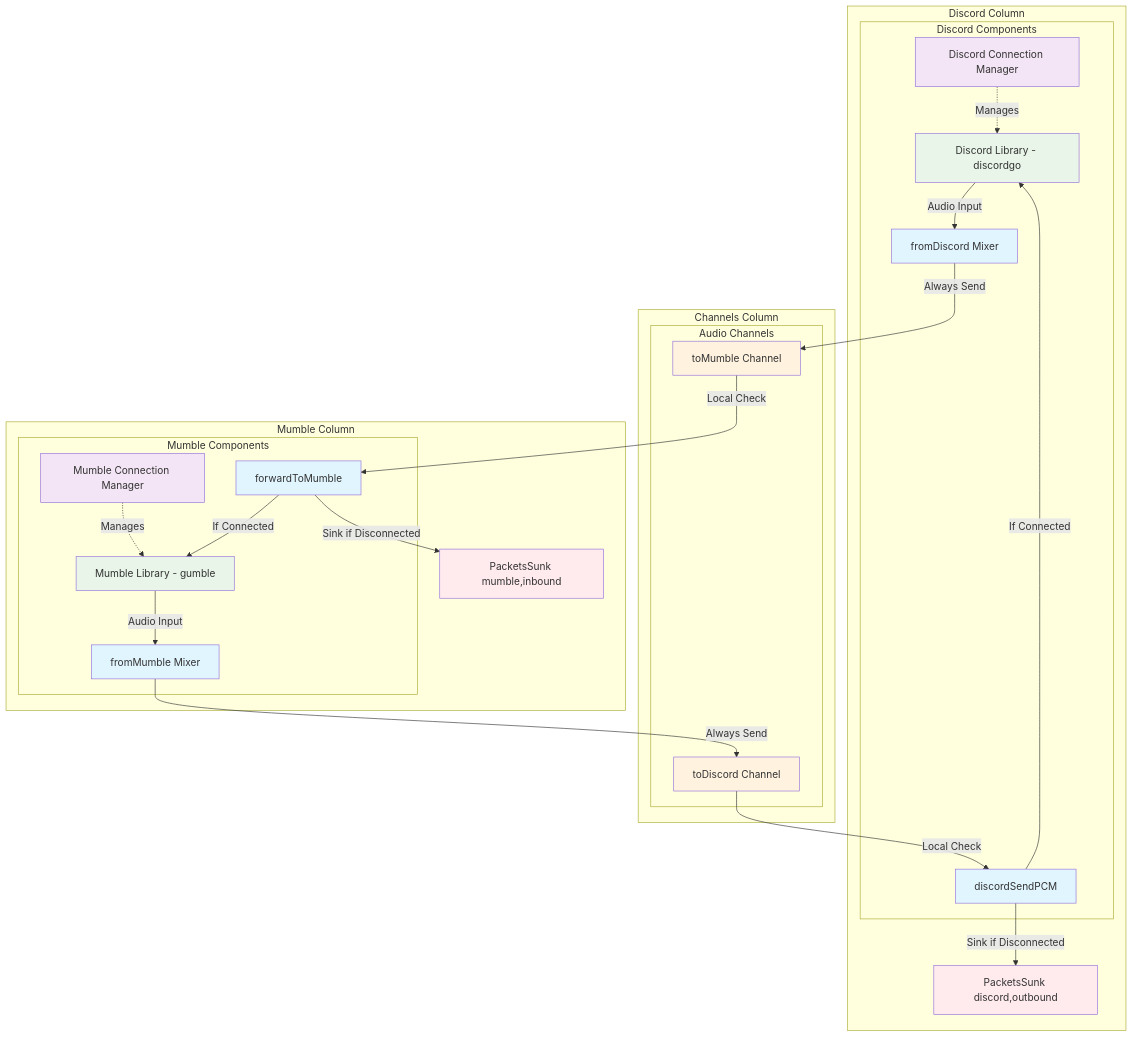
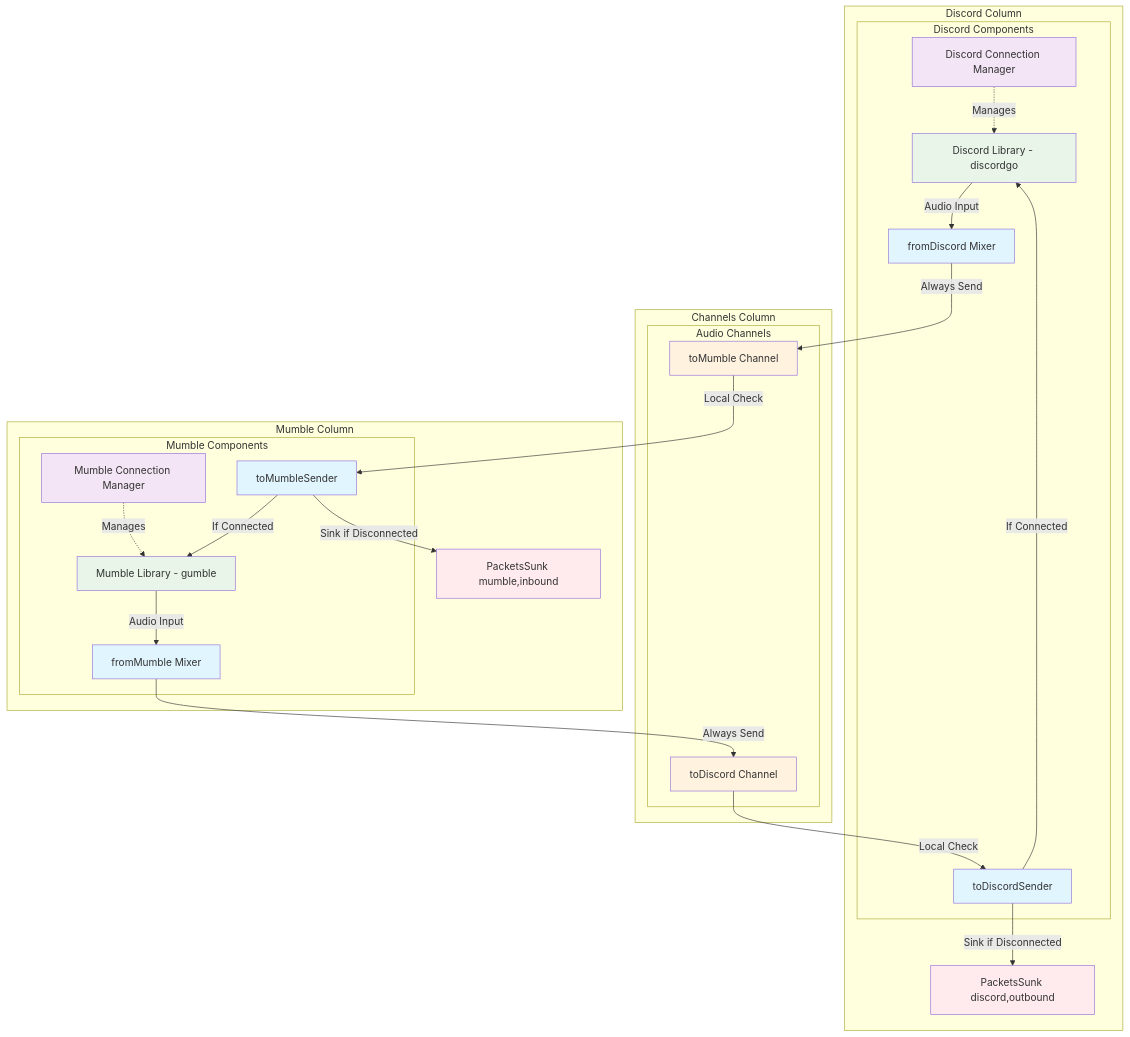
The diagram in docs/AUDIO-PACKET-FLOW.md (Stieneee/mumble-discord-bridge), drawn with Mermaid before and after one commit. The commit also changed other lines of this file, not shown here.

First line of the commit message:
docs: update audio packet flow with current architecture

````diff
--- a/docs/AUDIO-PACKET-FLOW.md
+++ b/docs/AUDIO-PACKET-FLOW.md
@@ -30,62 +30,62 @@
 ```mermaid
 graph TB
     subgraph "Discord Column"
         subgraph "Discord Components"
             DCM[Discord Connection Manager]
             DL[Discord Library - discordgo]
             DM[fromDiscord Mixer]
-            DSP[discordSendPCM]
+            DSP[toDiscordSender]
         end
         PS1[PacketsSunk discord,outbound]
     end
     
     subgraph "Channels Column"
         subgraph "Audio Channels"
             TD[toDiscord Channel]
             TM[toMumble Channel]
         end
     end
     
     subgraph "Mumble Column"
         subgraph "Mumble Components"
             MCM[Mumble Connection Manager]
             ML[Mumble Library - gumble]
             MM[fromMumble Mixer]
-            FTM[forwardToMumble]
+            FTM[toMumbleSender]
         end
         PS2[PacketsSunk mumble,inbound]
     end
     
     %% Audio Flow - Mumble to Discord
     ML -->|Audio Input| MM
     MM -->|Always Send| TD
     TD -->|Local Check| DSP
     DSP -->|If Connected| DL
     
     %% Audio Flow - Discord to Mumble
     DL -->|Audio Input| DM  
     DM -->|Always Send| TM
     TM -->|Local Check| FTM
     FTM -->|If Connected| ML
     
     %% Connection Management
     MCM -.->|Manages| ML
     DCM -.->|Manages| DL
     
     %% Packet Sinking
     DSP -->|Sink if Disconnected| PS1
     FTM -->|Sink if Disconnected| PS2
     
     %% Styling
     classDef audioFlow fill:#e1f5fe
     classDef connectionMgr fill:#f3e5f5
     classDef sinking fill:#ffebee
     classDef external fill:#e8f5e8
     classDef channels fill:#fff3e0
     
     class MM,DM,FTM,DSP audioFlow
     class MCM,DCM connectionMgr
     class PS1,PS2 sinking
     class ML,DL external
     class TD,TM channels
 ```
````
